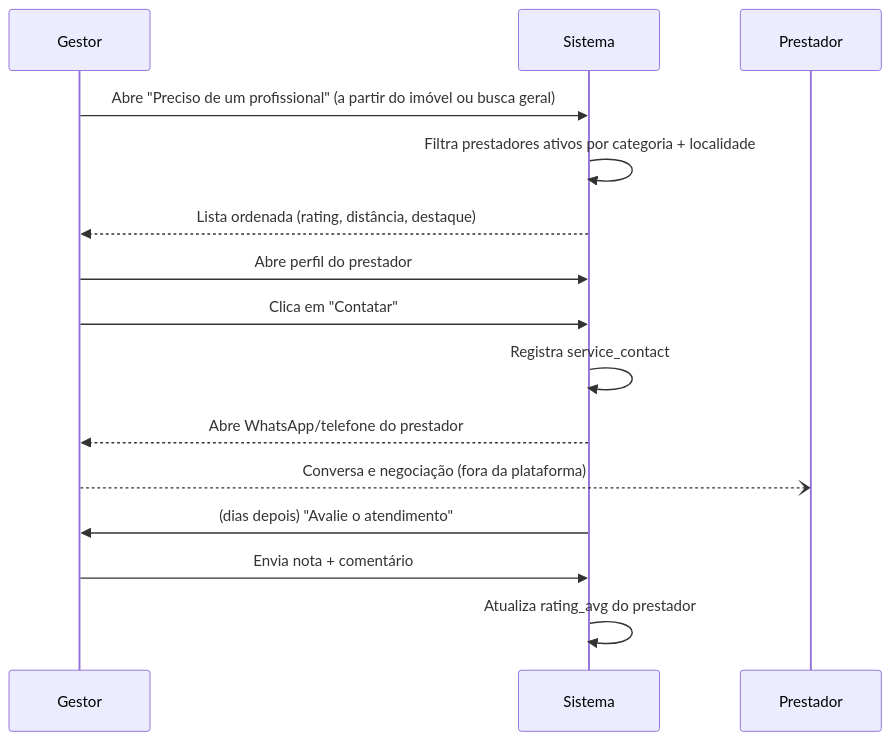
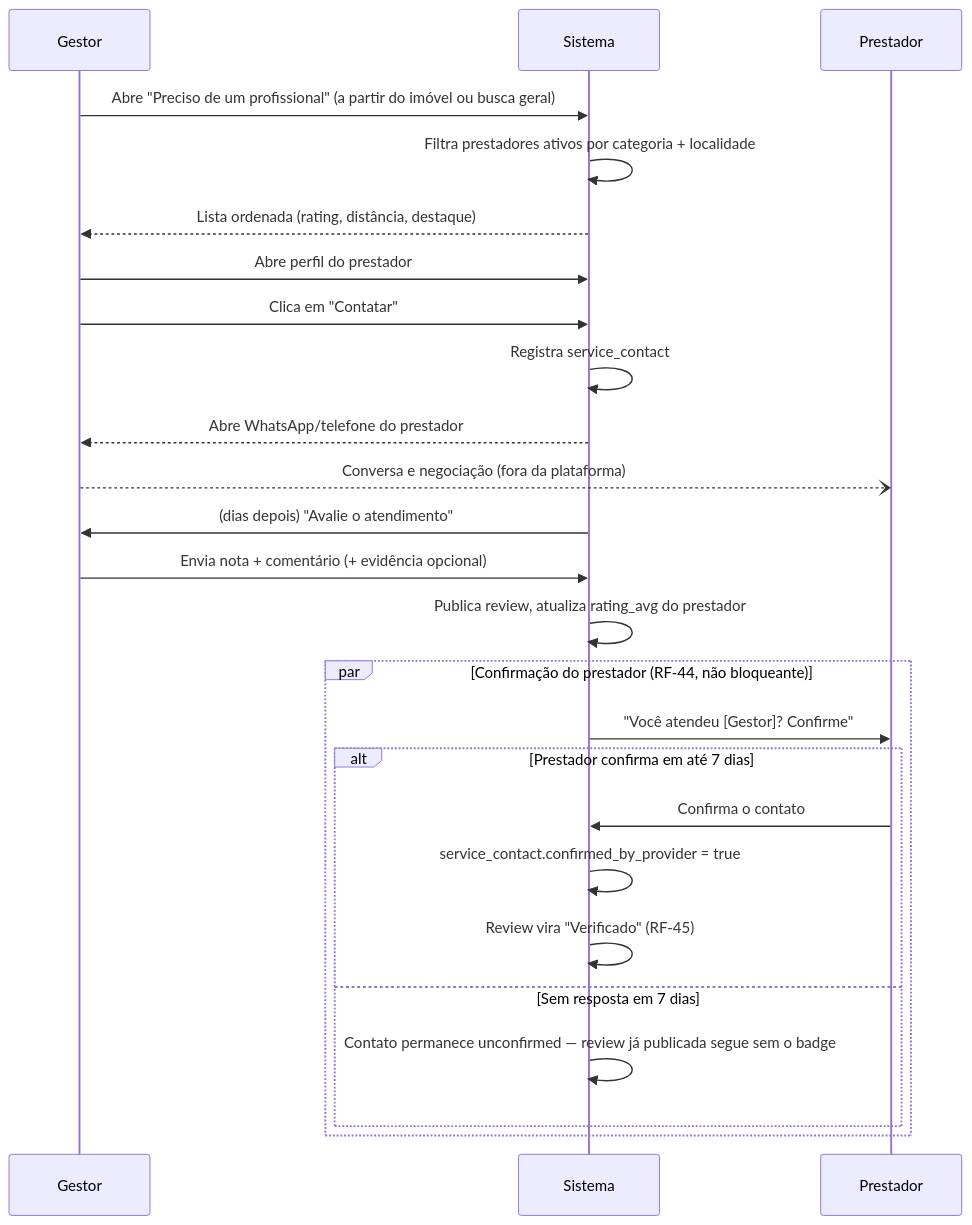
One commit to renanrba/AMSA changed the third of 4 diagrams in docs/analise-marketplace-prestadores-servico.md. Above: the diagram before and after it, drawn with Mermaid. The commit also changed other lines of this file, not shown here.

First line of the commit message:
Adiciona estrategias de validacao de reviews sem pagamento intermediado (rodada 6)

````diff
--- a/docs/analise-marketplace-prestadores-servico.md
+++ b/docs/analise-marketplace-prestadores-servico.md
@@ -273,18 +283,28 @@
 ```mermaid
 sequenceDiagram
     participant Ge as Gestor
     participant S as Sistema
     participant Pr as Prestador
 
     Ge->>S: Abre "Preciso de um profissional" (a partir do imóvel ou busca geral)
     S->>S: Filtra prestadores ativos por categoria + localidade
     S-->>Ge: Lista ordenada (rating, distância, destaque)
     Ge->>S: Abre perfil do prestador
     Ge->>S: Clica em "Contatar"
     S->>S: Registra service_contact
     S-->>Ge: Abre WhatsApp/telefone do prestador
     Ge--)Pr: Conversa e negociação (fora da plataforma)
     S->>Ge: (dias depois) "Avalie o atendimento"
-    Ge->>S: Envia nota + comentário
-    S->>S: Atualiza rating_avg do prestador
+    Ge->>S: Envia nota + comentário (+ evidência opcional)
+    S->>S: Publica review, atualiza rating_avg do prestador
+    par Confirmação do prestador (RF-44, não bloqueante)
+        S->>Pr: "Você atendeu [Gestor]? Confirme"
+        alt Prestador confirma em até 7 dias
+            Pr->>S: Confirma o contato
+            S->>S: service_contact.confirmed_by_provider = true
+            S->>S: Review vira "Verificado" (RF-45)
+        else Sem resposta em 7 dias
+            S->>S: Contato permanece unconfirmed — review já publicada segue sem o badge
+        end
+    end
 ```
````
